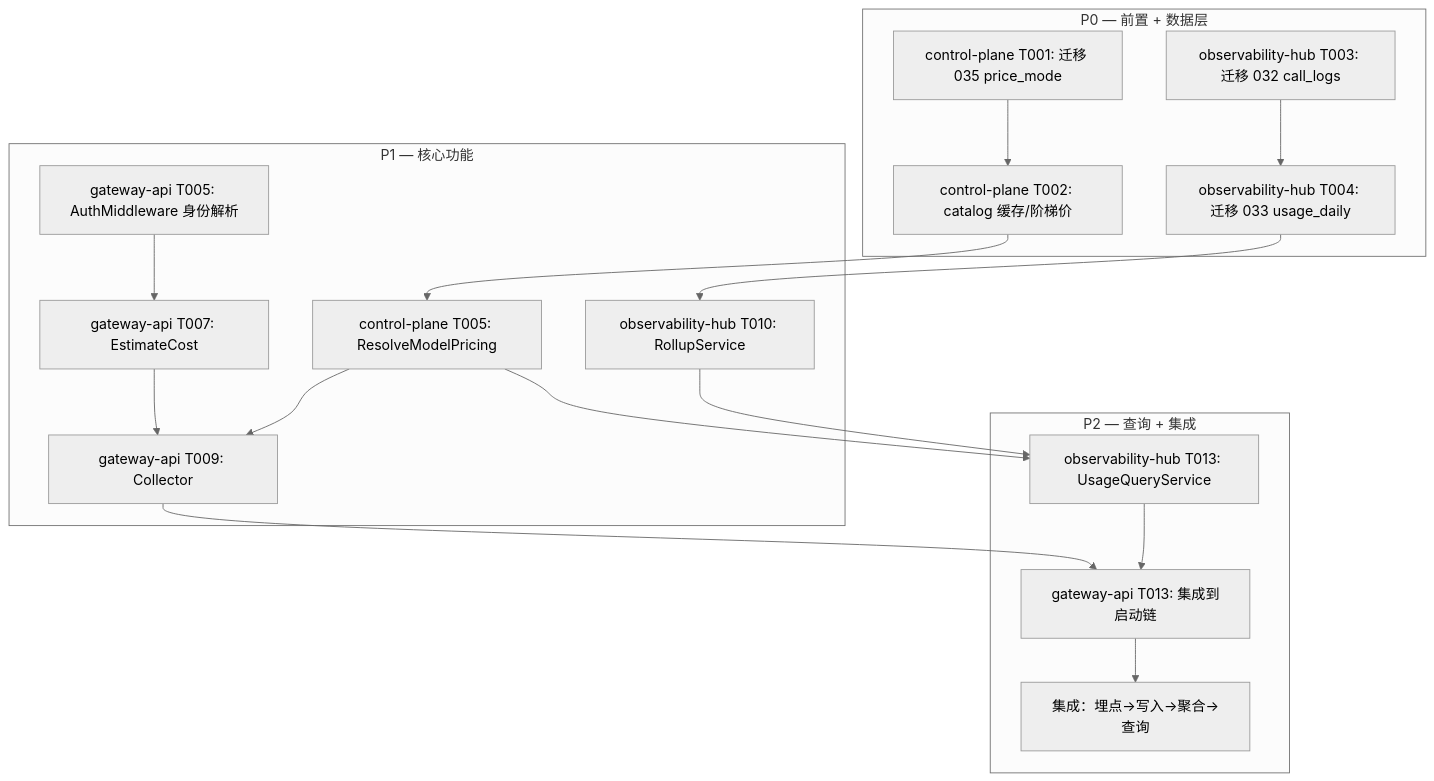
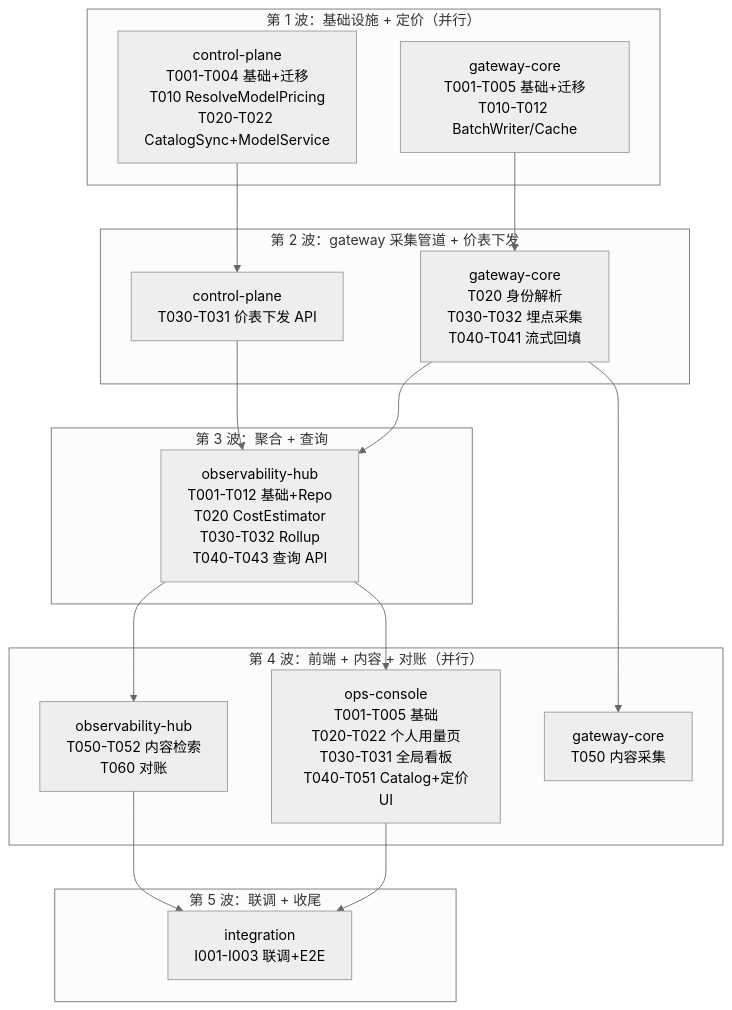
The diagram in xspec/changes/integration.md (achieve-jsy/llm-gateway), drawn with Mermaid (neutral theme) before and after one commit. The commit also changed other lines of this file and 236 other files, not shown here.

````diff
--- a/xspec/changes/integration.md
+++ b/xspec/changes/integration.md
@@ -13,36 +29,36 @@
 ```mermaid
 flowchart TD
-    subgraph P0["P0 — 前置 + 数据层"]
-        CP001["control-plane T001: 迁移 035 price_mode"]
-        CP002["control-plane T002: catalog 缓存/阶梯价"]
-        OBS003["observability-hub T003: 迁移 032 call_logs"]
-        OBS004["observability-hub T004: 迁移 033 usage_daily"]
+    subgraph "第 1 波：基础设施 + 定价（并行）"
+        GW["gateway-core<br/>T001-T005 基础+迁移<br/>T010-T012 BatchWriter/Cache"]
+        CP["control-plane<br/>T001-T004 基础+迁移<br/>T010 ResolveModelPricing<br/>T020-T022 CatalogSync+ModelService"]
     end
 
-    subgraph P1["P1 — 核心功能"]
-        GW005["gateway-api T005: AuthMiddleware 身份解析"]
-        GW007["gateway-api T007: EstimateCost"]
-        GW009["gateway-api T009: Collector"]
-        CP005["control-plane T005: ResolveModelPricing"]
-        OBS010["observability-hub T010: RollupService"]
+    subgraph "第 2 波：gateway 采集管道 + 价表下发"
+        GW2["gateway-core<br/>T020 身份解析<br/>T030-T032 埋点采集<br/>T040-T041 流式回填"]
+        CP2["control-plane<br/>T030-T031 价表下发 API"]
     end
 
-    subgraph P2["P2 — 查询 + 集成"]
-        OBS013["observability-hub T013: UsageQueryService"]
-        GW013["gateway-api T013: 集成到启动链"]
-        INT01["集成：埋点→写入→聚合→查询"]
+    subgraph "第 3 波：聚合 + 查询"
+        OBS["observability-hub<br/>T001-T012 基础+Repo<br/>T020 CostEstimator<br/>T030-T032 Rollup<br/>T040-T043 查询 API"]
     end
 
-    CP001 --> CP002
-    CP002 --> CP005
-    OBS003 --> OBS004
-    OBS004 --> OBS010
-    GW005 --> GW007
-    GW007 --> GW009
-    GW009 --> GW013
-    CP005 --> GW009
-    CP005 --> OBS013
-    OBS010 --> OBS013
-    OBS013 --> GW013
-    GW013 --> INT01
+    subgraph "第 4 波：前端 + 内容 + 对账（并行）"
+        FE["ops-console<br/>T001-T005 基础<br/>T020-T022 个人用量页<br/>T030-T031 全局看板<br/>T040-T051 Catalog+定价UI"]
+        OBS2["observability-hub<br/>T050-T052 内容检索<br/>T060 对账"]
+        GW3["gateway-core<br/>T050 内容采集"]
+    end
+
+    subgraph "第 5 波：联调 + 收尾"
+        INT["integration<br/>I001-I003 联调+E2E"]
+    end
+
+    GW --> GW2
+    CP --> CP2
+    GW2 --> OBS
+    CP2 --> OBS
+    OBS --> FE
+    OBS --> OBS2
+    GW2 --> GW3
+    FE --> INT
+    OBS2 --> INT
 ```
````
